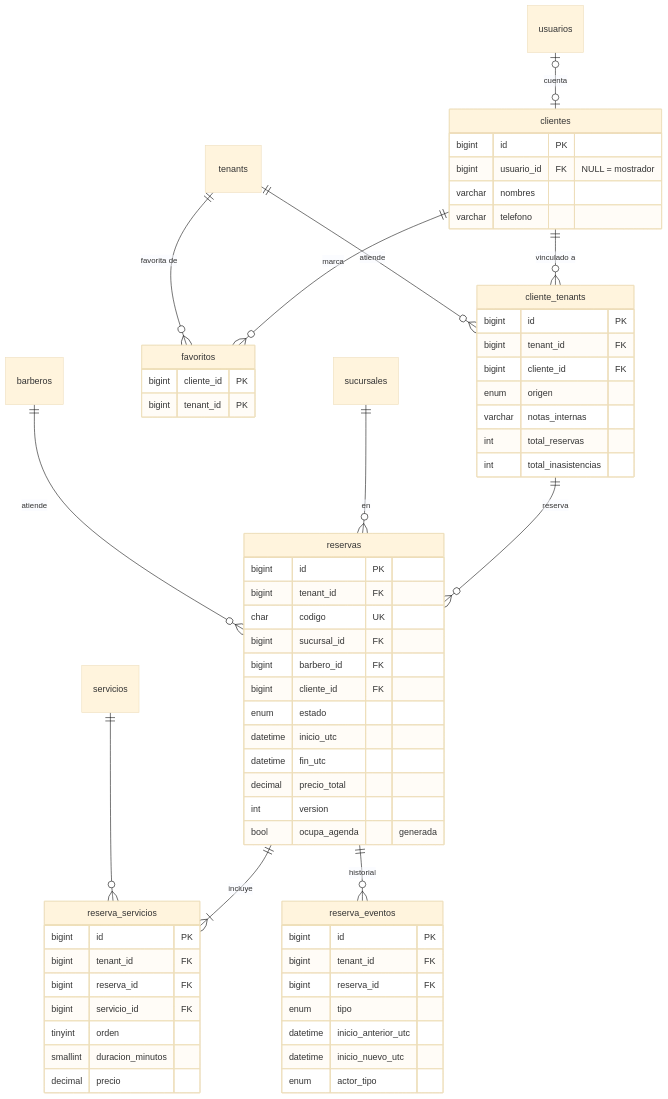
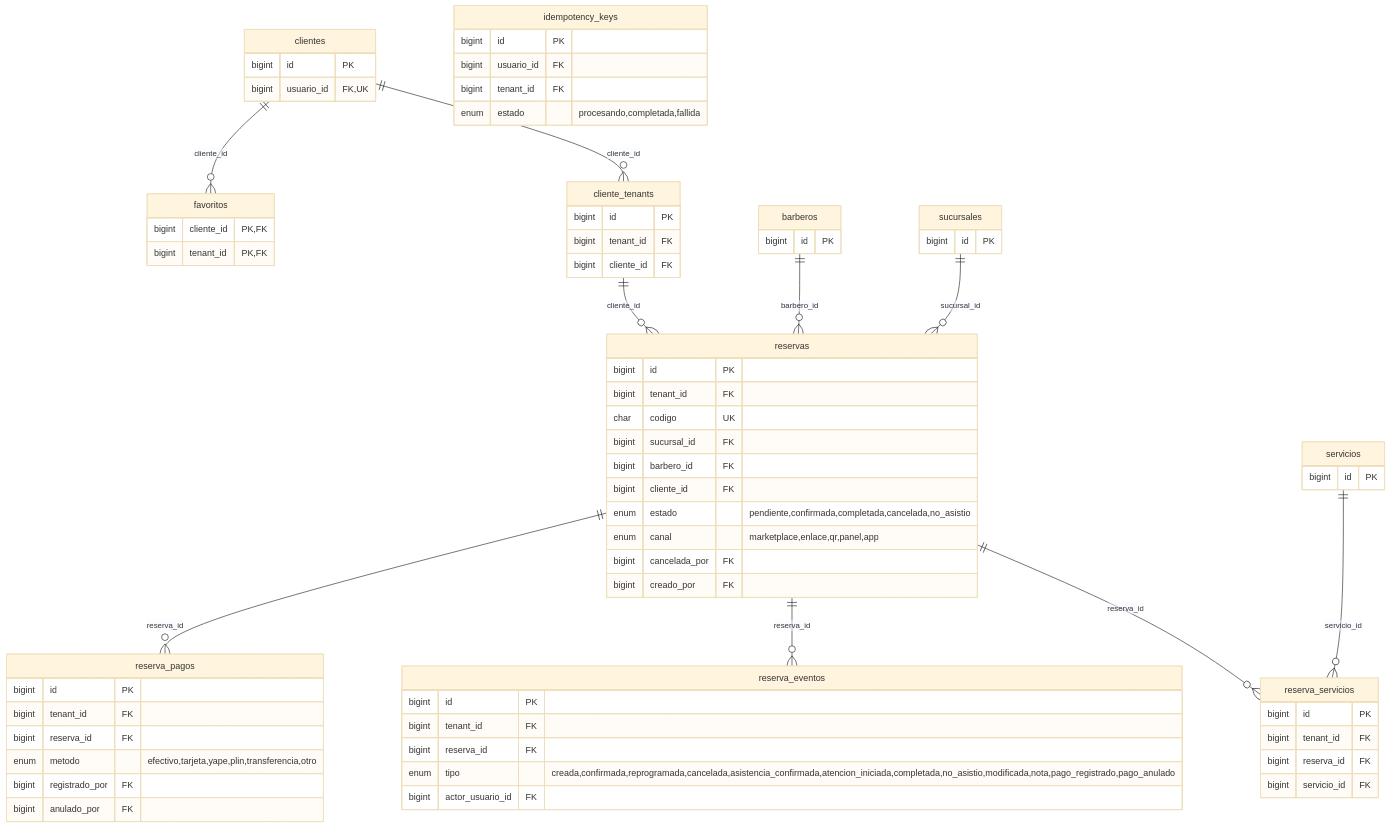
One commit to VituchoPeru/barberapp changed the fourth of 6 diagrams in docs/MODELO_ER.md. Above: the diagram before and after it, drawn with Mermaid (base theme). The commit also changed other lines of this file and 90 other files, not shown here.

````diff
--- a/docs/MODELO_ER.md
+++ b/docs/MODELO_ER.md
@@ -200,66 +251,73 @@
 ```mermaid
 erDiagram
-    usuarios |o--o| clientes : "cuenta"
-    clientes ||--o{ cliente_tenants : "vinculado a"
-    tenants ||--o{ cliente_tenants : "atiende"
-    clientes ||--o{ favoritos : "marca"
-    tenants ||--o{ favoritos : "favorita de"
-    cliente_tenants ||--o{ reservas : "reserva"
-    sucursales ||--o{ reservas : "en"
-    barberos ||--o{ reservas : "atiende"
-    reservas ||--|{ reserva_servicios : "incluye"
-    servicios ||--o{ reserva_servicios : ""
-    reservas ||--o{ reserva_eventos : "historial"
-
+    clientes ||--o{ cliente_tenants : "cliente_id"
+    clientes ||--o{ favoritos : "cliente_id"
+    barberos ||--o{ reservas : "barbero_id"
+    cliente_tenants ||--o{ reservas : "cliente_id"
+    sucursales ||--o{ reservas : "sucursal_id"
+    reservas ||--o{ reserva_servicios : "reserva_id"
+    servicios ||--o{ reserva_servicios : "servicio_id"
+    reservas ||--o{ reserva_eventos : "reserva_id"
+    reservas ||--o{ reserva_pagos : "reserva_id"
     clientes {
         bigint id PK
-        bigint usuario_id FK "NULL = mostrador"
-        varchar nombres
-        varchar telefono
+        bigint usuario_id FK, UK
     }
     cliente_tenants {
         bigint id PK
         bigint tenant_id FK
         bigint cliente_id FK
-        enum origen
-        varchar notas_internas
-        int total_reservas
-        int total_inasistencias
     }
     favoritos {
-        bigint cliente_id PK
-        bigint tenant_id PK
+        bigint cliente_id PK, FK
+        bigint tenant_id PK, FK
     }
     reservas {
         bigint id PK
         bigint tenant_id FK
         char codigo UK
         bigint sucursal_id FK
         bigint barbero_id FK
         bigint cliente_id FK
-        enum estado
-        datetime inicio_utc
-        datetime fin_utc
-        decimal precio_total
-        int version
-        bool ocupa_agenda "generada"
+        enum estado "pendiente,confirmada,completada,cancelada,no_asistio"
+        enum canal "marketplace,enlace,qr,panel,app"
+        bigint cancelada_por FK
+        bigint creado_por FK
     }
     reserva_servicios {
         bigint id PK
         bigint tenant_id FK
         bigint reserva_id FK
         bigint servicio_id FK
-        tinyint orden
-        smallint duracion_minutos
-        decimal precio
     }
     reserva_eventos {
         bigint id PK
         bigint tenant_id FK
         bigint reserva_id FK
-        enum tipo
-        datetime inicio_anterior_utc
-        datetime inicio_nuevo_utc
-        enum actor_tipo
+        enum tipo "creada,confirmada,reprogramada,cancelada,asistencia_confirmada,atencion_iniciada,completada,no_asistio,modificada,nota,pago_registrado,pago_anulado"
+        bigint actor_usuario_id FK
+    }
+    reserva_pagos {
+        bigint id PK
+        bigint tenant_id FK
+        bigint reserva_id FK
+        enum metodo "efectivo,tarjeta,yape,plin,transferencia,otro"
+        bigint registrado_por FK
+        bigint anulado_por FK
+    }
+    idempotency_keys {
+        bigint id PK
+        bigint usuario_id FK
+        bigint tenant_id FK
+        enum estado "procesando,completada,fallida"
+    }
+    barberos {
+        bigint id PK
+    }
+    sucursales {
+        bigint id PK
+    }
+    servicios {
+        bigint id PK
     }
 ```
````
